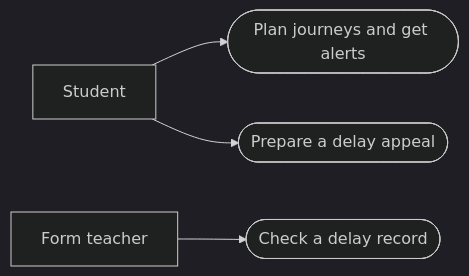
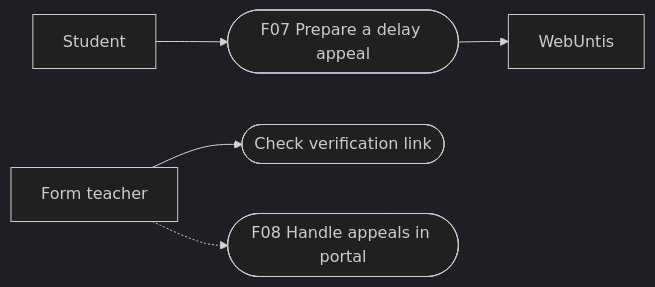
One commit to LPuehringerStudent/LeoWay changed the tenth of 18 diagrams in docs/LeoWay-System-Specification.md. Above: the diagram before and after it, drawn with Mermaid (dark theme). The commit also changed other lines of this file and 3 other files, not shown here.

````diff
--- a/docs/LeoWay-System-Specification.md
+++ b/docs/LeoWay-System-Specification.md
@@ -25,7 +364,8 @@
 ```mermaid
 %% use-case
 flowchart LR
-  S[Student] --> J([Plan journeys and get alerts])
-  S --> A([Prepare a delay appeal])
-  T[Form teacher] --> V([Check a delay record])
+  S[Student] --> F07([F07 Prepare a delay appeal])
+  T[Form teacher] --> V([Check verification link])
+  T -.-> F08([F08 Handle appeals in portal])
+  F07 --> W[WebUntis]
 ```
````
